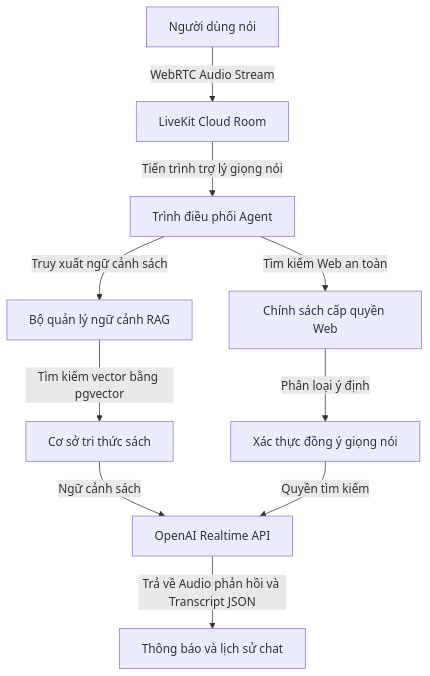
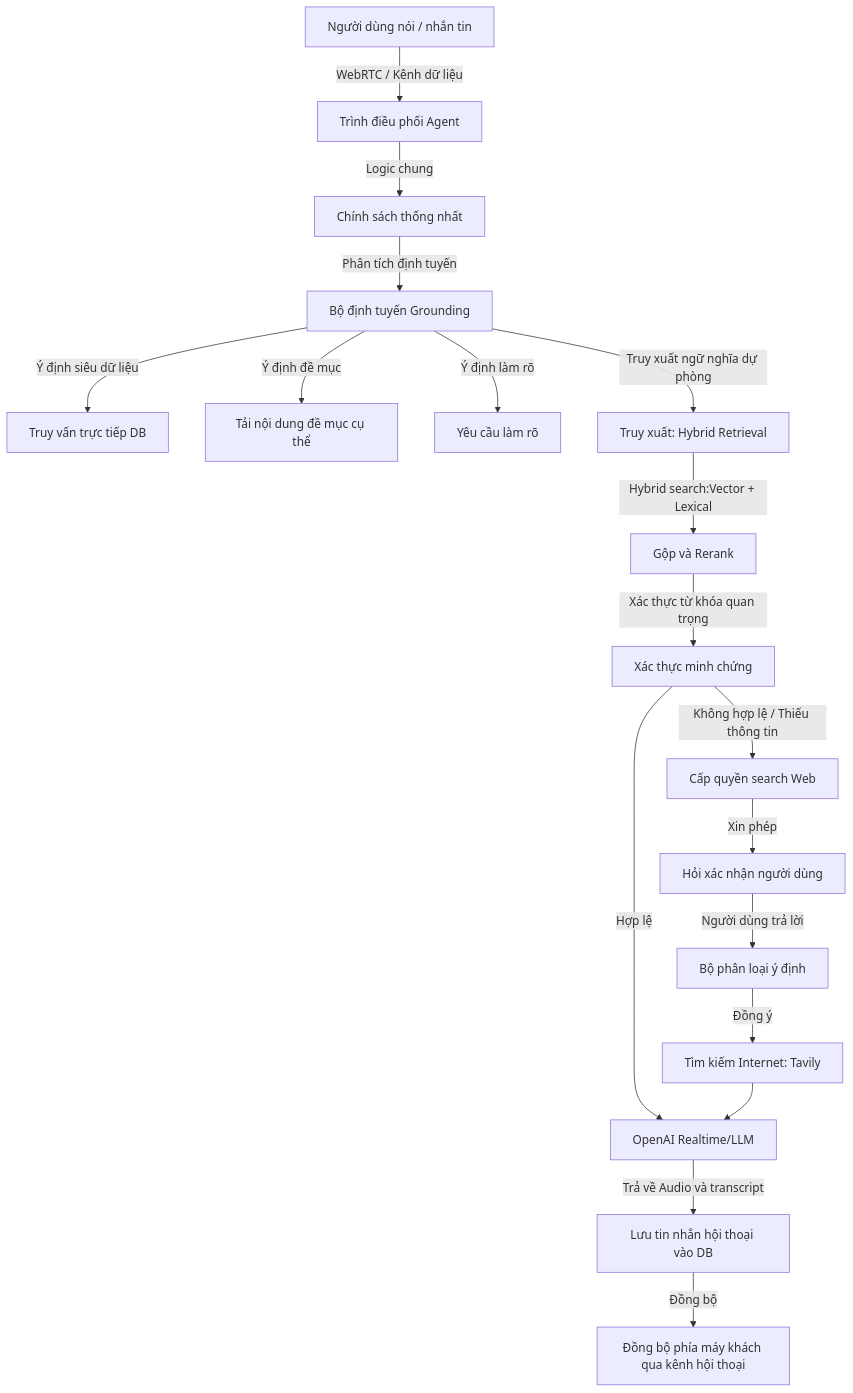
The fifth of 6 diagrams in _docs_capstone/outline_4c.md (KhoaSinno/triam-backend), drawn with Mermaid before and after one commit. The commit also changed other lines of this file and 1 other file, not shown here.

````diff
--- a/_docs_capstone/outline_4c.md
+++ b/_docs_capstone/outline_4c.md
@@ -193,12 +301,29 @@
 ```mermaid
 flowchart TD
-    Voice[Người dùng nói] -->|WebRTC Audio Stream| LiveKit[LiveKit Cloud Room]
-    LiveKit -->|Tiến trình trợ lý giọng nói| RealtimeAgent[Trình điều phối Agent]
-    RealtimeAgent -->|Truy xuất ngữ cảnh sách| RagContext[Bộ quản lý ngữ cảnh RAG]
-    RagContext -->|Tìm kiếm vector bằng pgvector| KnowledgeBase[Cơ sở tri thức sách]
-    RealtimeAgent -->|Tìm kiếm Web an toàn| WebPermission[Chính sách cấp quyền Web]
-    WebPermission -->|Phân loại ý định| Consent[Xác thực đồng ý giọng nói]
-    KnowledgeBase -->|Ngữ cảnh sách| RealtimeAPI[OpenAI Realtime API]
-    Consent -->|Quyền tìm kiếm| RealtimeAPI
-    RealtimeAPI -->|Trả về Audio phản hồi và Transcript JSON| SaveMsg[Thông báo và lịch sử chat]
+    Voice[Người dùng nói / nhắn tin] -->|WebRTC / Kênh dữ liệu| RealtimeAgent[Trình điều phối Agent]
+
+    RealtimeAgent -->|Logic chung| SharedPolicy[Chính sách thống nhất]
+
+    SharedPolicy -->|Phân tích định tuyến| GroundingRouter[Bộ định tuyến Grounding]
+
+    GroundingRouter -->|Ý định siêu dữ liệu| MetaDB[Truy vấn trực tiếp DB]
+    GroundingRouter -->|Ý định đề mục| SecText[Tải nội dung đề mục cụ thể]
+    GroundingRouter -->|Ý định làm rõ| Clarify[Yêu cầu làm rõ]
+
+    GroundingRouter -->|Truy xuất ngữ nghĩa dự phòng| HybridRag[Truy xuất: Hybrid Retrieval]
+
+    HybridRag -->|Hybrid search:Vector + Lexical| Merge[Gộp và Rerank]
+    Merge -->|Xác thực từ khóa quan trọng| EvidCheck[Xác thực minh chứng]
+
+    EvidCheck -->|Hợp lệ| RealtimeAPI[OpenAI Realtime/LLM]
+    EvidCheck -->|Không hợp lệ / Thiếu thông tin| WebPermission[Cấp quyền search Web]
+
+    WebPermission -->|Xin phép| AskPermission[Hỏi xác nhận người dùng]
+    AskPermission -->|Người dùng trả lời| Classifier[Bộ phân loại ý định]
+
+    Classifier -->|Đồng ý| WebSearch[Tìm kiếm Internet: Tavily]
+    WebSearch --> RealtimeAPI
+
+    RealtimeAPI -->|Trả về Audio và transcript| SaveMsg[Lưu tin nhắn hội thoại vào DB]
+    SaveMsg -->|Đồng bộ| Sync[Đồng bộ phía máy khách qua kênh hội thoại]
 ```
````
